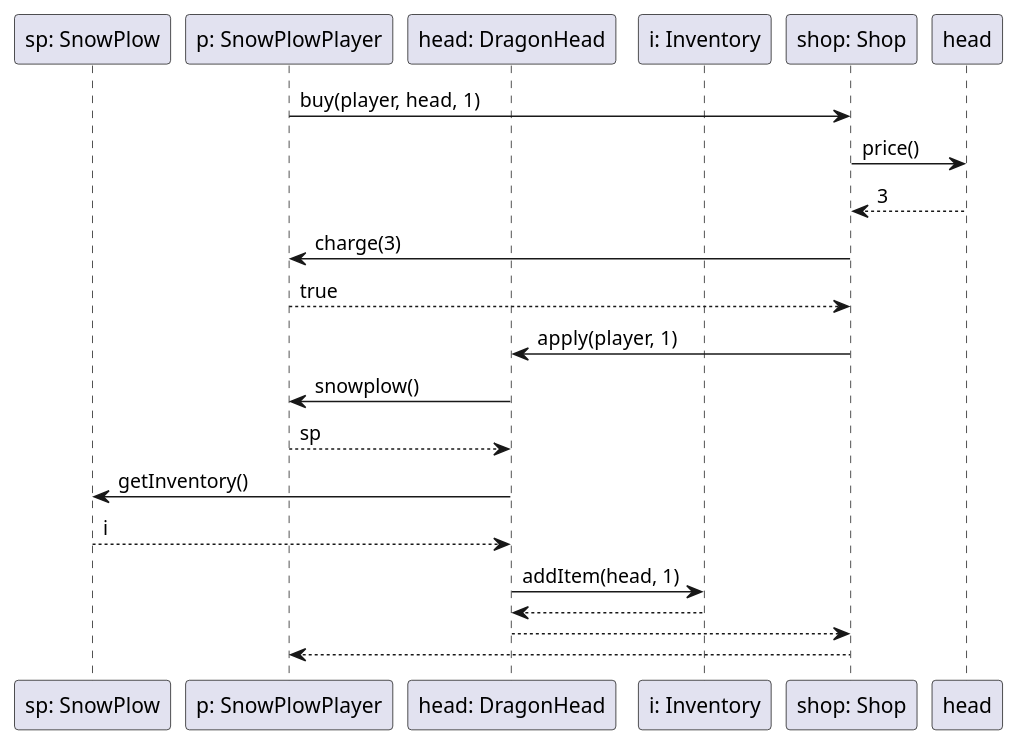
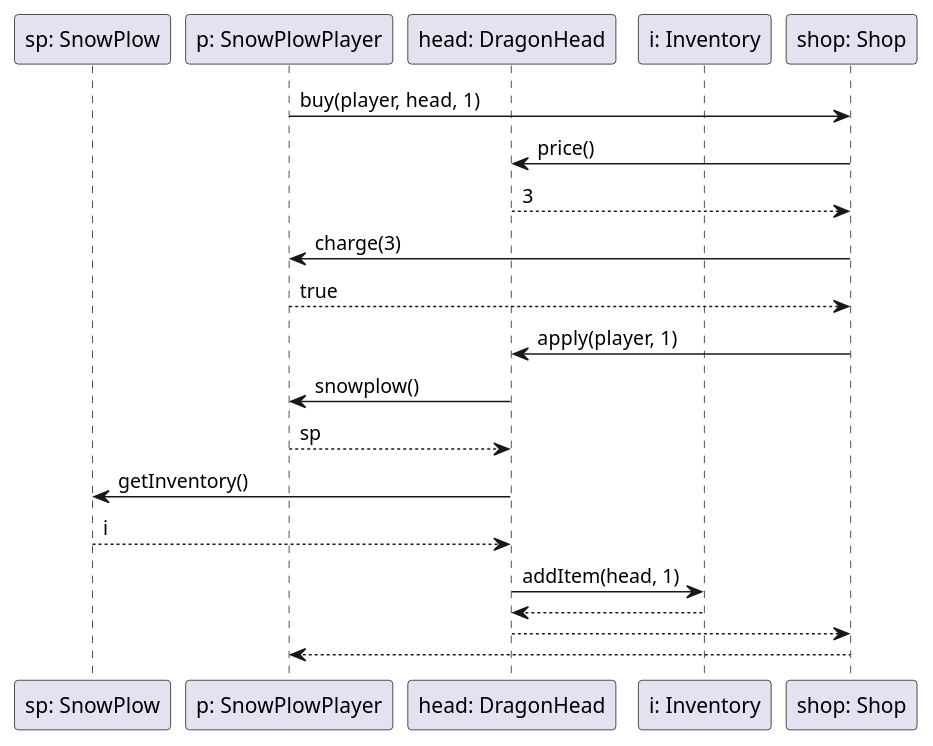
The diagram in docs/analizis1/sequence/shopbuy.plantuml (uhrinandor/spring), drawn with PlantUML before and after one commit. The commit also changed 3 other files, not shown here.

Commit message:
sequence renames

```diff
--- a/docs/analizis1/sequence/shopbuy.plantuml
+++ b/docs/analizis1/sequence/shopbuy.plantuml
@@ -1,24 +1,24 @@
 @startuml buyFromShop
 
 participant "sp: SnowPlow" as sp
 participant "p: SnowPlowPlayer" as player
 participant "head: DragonHead" as item
 participant "i: Inventory" as inventory
 participant "shop: Shop" as shop
 player -> shop: buy(player, head, 1)
-shop -> head: price()
-head --> shop: 3
+shop -> item: price()
+item --> shop: 3
 shop -> player: charge(3)
 player --> shop: true
 shop -> item: apply(player, 1)
 
 item -> player: snowplow()
 player --> item: sp
 item -> sp: getInventory()
 sp --> item: i
 item -> inventory: addItem(head, 1)
 inventory --> item:
 item --> shop:
 shop --> player:
 
 @enduml
```
